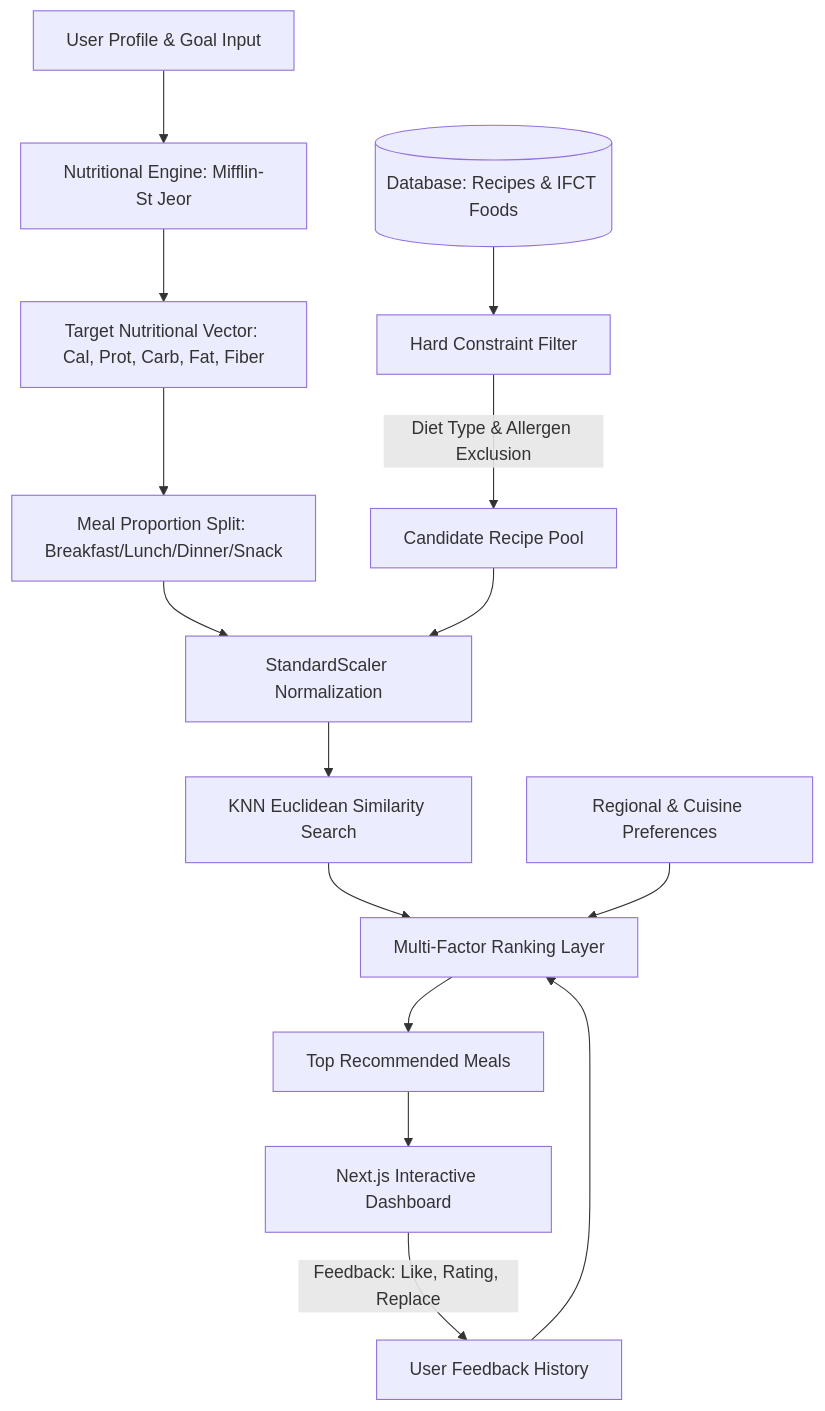
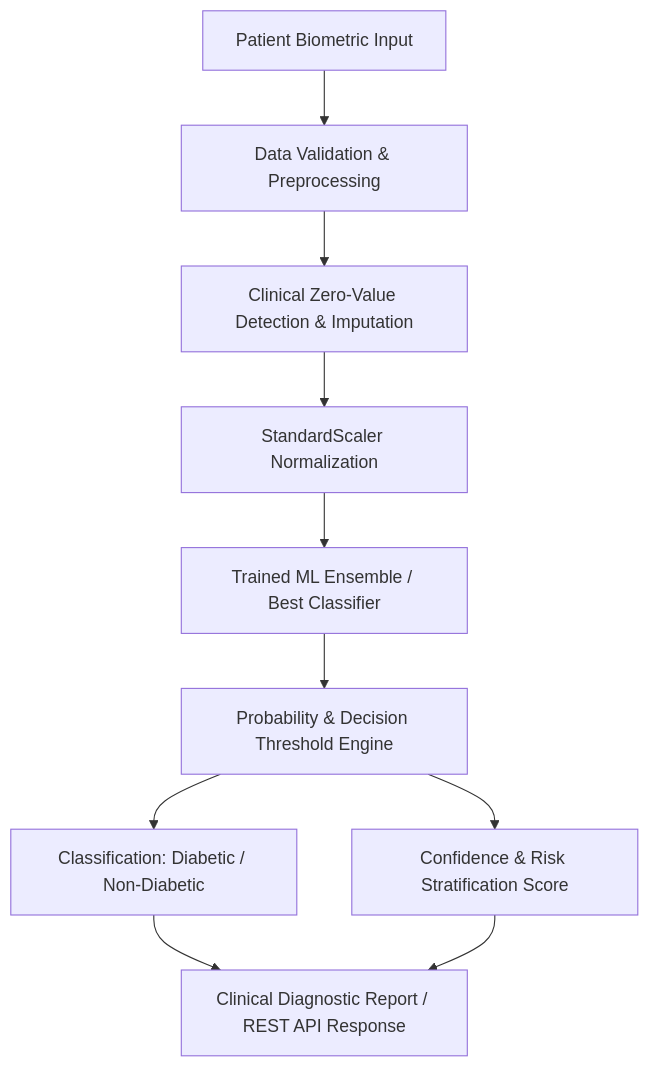
Before and after one commit to pravin122386/Diabetes-Detector: the diagram in README.md, drawn with Mermaid. The commit also changed other lines of this file, not shown here.

````diff
--- a/README.md
+++ b/README.md
@@ -62,22 +56,12 @@
 ```mermaid
 flowchart TD
-    A[User Profile & Goal Input] --> B[Nutritional Engine: Mifflin-St Jeor]
-    B --> C[Target Nutritional Vector: Cal, Prot, Carb, Fat, Fiber]
-    C --> D[Meal Proportion Split: Breakfast/Lunch/Dinner/Snack]
-    
-    E[(Database: Recipes & IFCT Foods)] --> F[Hard Constraint Filter]
-    F -->|Diet Type & Allergen Exclusion| G[Candidate Recipe Pool]
-    
-    D --> H[StandardScaler Normalization]
-    G --> H
-    
-    H --> I[KNN Euclidean Similarity Search]
-    I --> J[Multi-Factor Ranking Layer]
-    
-    K[User Feedback History] --> J
-    L[Regional & Cuisine Preferences] --> J
-    
-    J --> M[Top Recommended Meals]
-    M --> N[Next.js Interactive Dashboard]
-    N -->|Feedback: Like, Rating, Replace| K
+    A[Patient Biometric Input] --> B[Data Validation & Preprocessing]
+    B --> C[Clinical Zero-Value Detection & Imputation]
+    C --> D[StandardScaler Normalization]
+    D --> E[Trained ML Ensemble / Best Classifier]
+    E --> F[Probability & Decision Threshold Engine]
+    F --> G[Classification: Diabetic / Non-Diabetic]
+    F --> H[Confidence & Risk Stratification Score]
+    G --> I[Clinical Diagnostic Report / REST API Response]
+    H --> I
 ```
````
